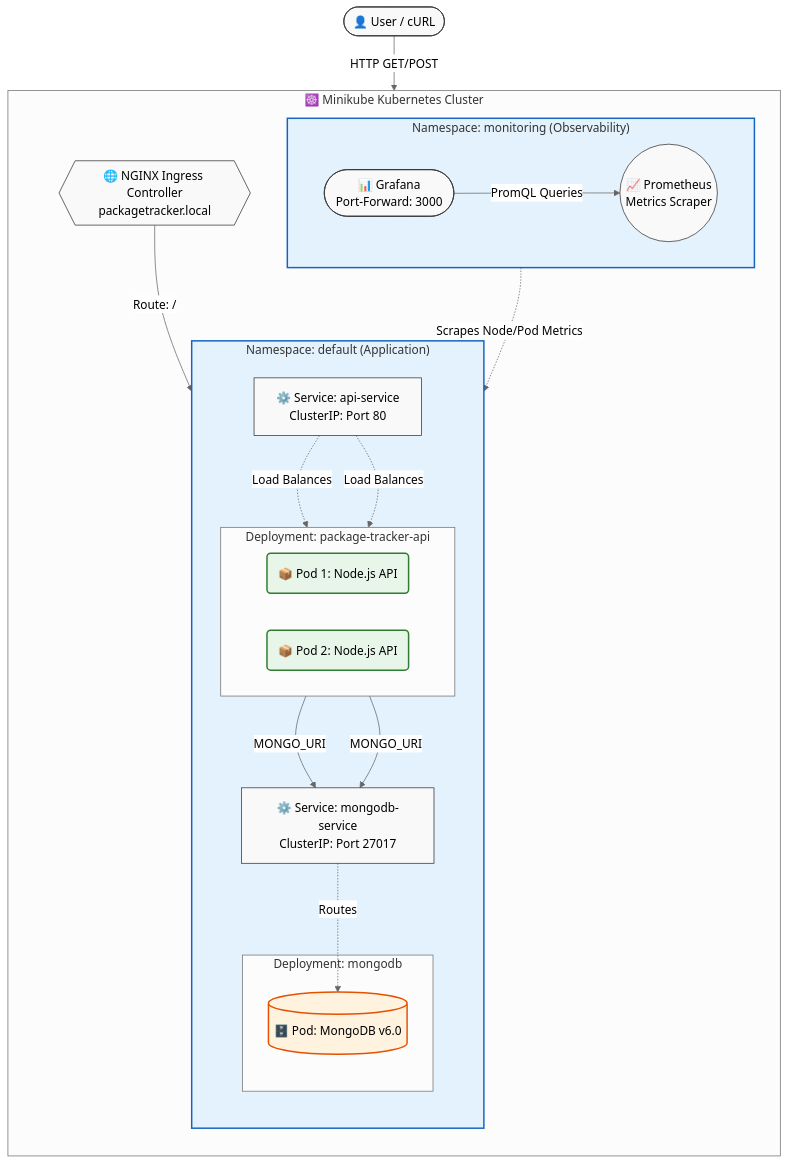
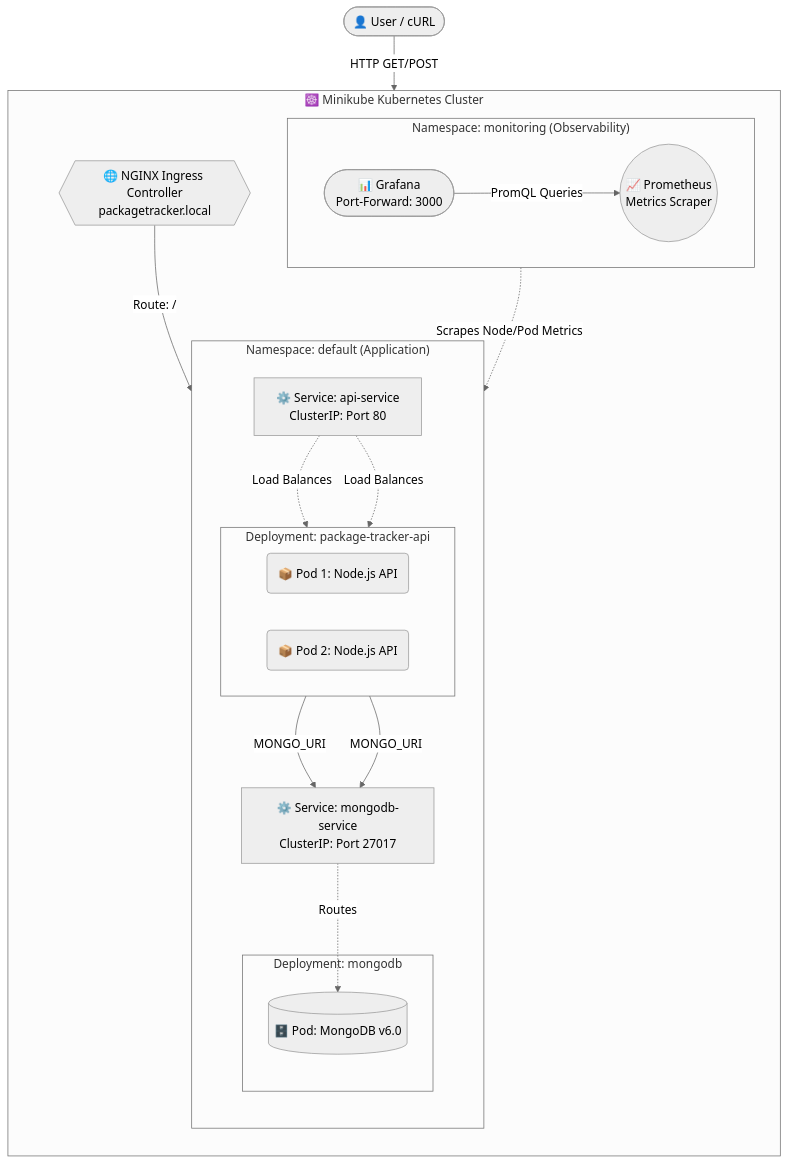
Before and after one commit to shresth-kumar-lal/k8s-microservices-package-tracker: the diagram in README.md, drawn with Mermaid (neutral theme).

Commit message:
Clean up README by removing styling section
Removed styling definitions and class assignments from the README.

````diff
--- a/README.md
+++ b/README.md
@@ -13,54 +13,44 @@
 ```mermaid
 flowchart TB
     User([👤 User / cURL])
     
     subgraph Cluster ["☸️ Minikube Kubernetes Cluster"]
         direction TB
         
         Ingress{{🌐 NGINX Ingress Controller<br/>packagetracker.local}}
         
         subgraph NS_Default ["Namespace: default (Application)"]
             direction TB
             
             API_SVC[⚙️ Service: api-service<br/>ClusterIP: Port 80]
             DB_SVC[⚙️ Service: mongodb-service<br/>ClusterIP: Port 27017]
             
             subgraph API_Deploy ["Deployment: package-tracker-api"]
                 direction LR
                 API_Pod1(📦 Pod 1: Node.js API)
                 API_Pod2(📦 Pod 2: Node.js API)
             end
             
             subgraph DB_Deploy ["Deployment: mongodb"]
                 DB_Pod[(🗄️ Pod: MongoDB v6.0)]
             end
         end
         
         subgraph NS_Monitor ["Namespace: monitoring (Observability)"]
             direction LR
             Prometheus((📈 Prometheus<br/>Metrics Scraper))
             Grafana([📊 Grafana<br/>Port-Forward: 3000])
         end
     end
 
     %% Network Traffic Flow
     User -- "HTTP GET/POST" --> Ingress
     Ingress -- "Route: /" --> API_SVC
     API_SVC -. "Load Balances" .-> API_Pod1 & API_Pod2
     API_Pod1 & API_Pod2 -- "MONGO_URI" --> DB_SVC
     DB_SVC -. "Routes" .-> DB_Pod
 
     %% Observability Flow
     Prometheus -. "Scrapes Node/Pod Metrics" .-> NS_Default
     Grafana -- "PromQL Queries" --> Prometheus
-    
-    %% Styling
-    classDef default fill:#f9f9f9,stroke:#333,stroke-width:1px;
-    classDef k8s fill:#e3f2fd,stroke:#1565c0,stroke-width:2px;
-    classDef pod fill:#e8f5e9,stroke:#2e7d32,stroke-width:2px;
-    classDef db fill:#fff3e0,stroke:#e65100,stroke-width:2px;
-    
-    class NS_Default,NS_Monitor k8s;
-    class API_Pod1,API_Pod2 pod;
-    class DB_Pod db;
 ```
````
